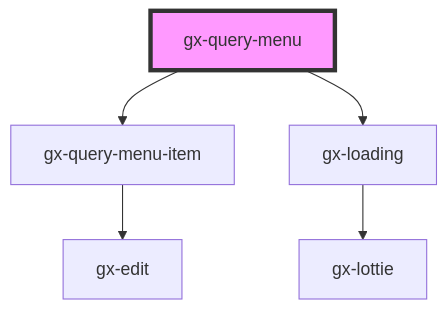
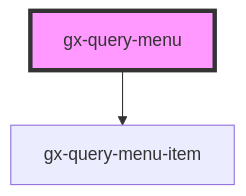
One commit to genexuslabs/reporting-controls-library changed the diagram in src/components/gx-query/query-menu/readme.md. Above: the diagram before and after it, drawn with Mermaid. The commit also changed other lines of this file and 10 other files, not shown here.

````diff
--- a/src/components/gx-query/query-menu/readme.md
+++ b/src/components/gx-query/query-menu/readme.md
@@ -69,8 +68,5 @@
 ```mermaid
 graph TD;
   gx-query-menu --> gx-query-menu-item
-  gx-query-menu --> gx-loading
-  gx-query-menu-item --> gx-edit
-  gx-loading --> gx-lottie
   style gx-query-menu fill:#f9f,stroke:#333,stroke-width:4px
 ```
````
